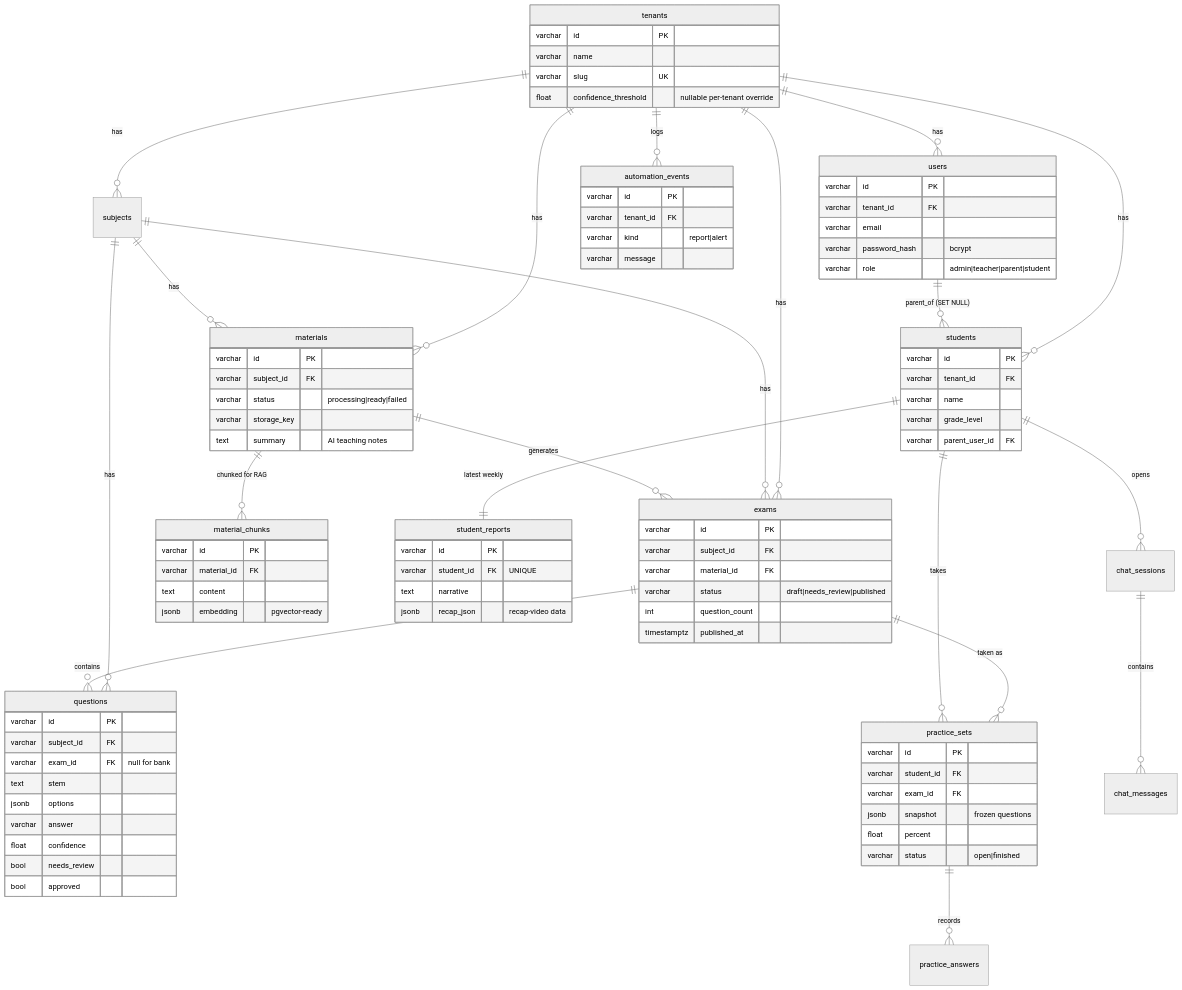
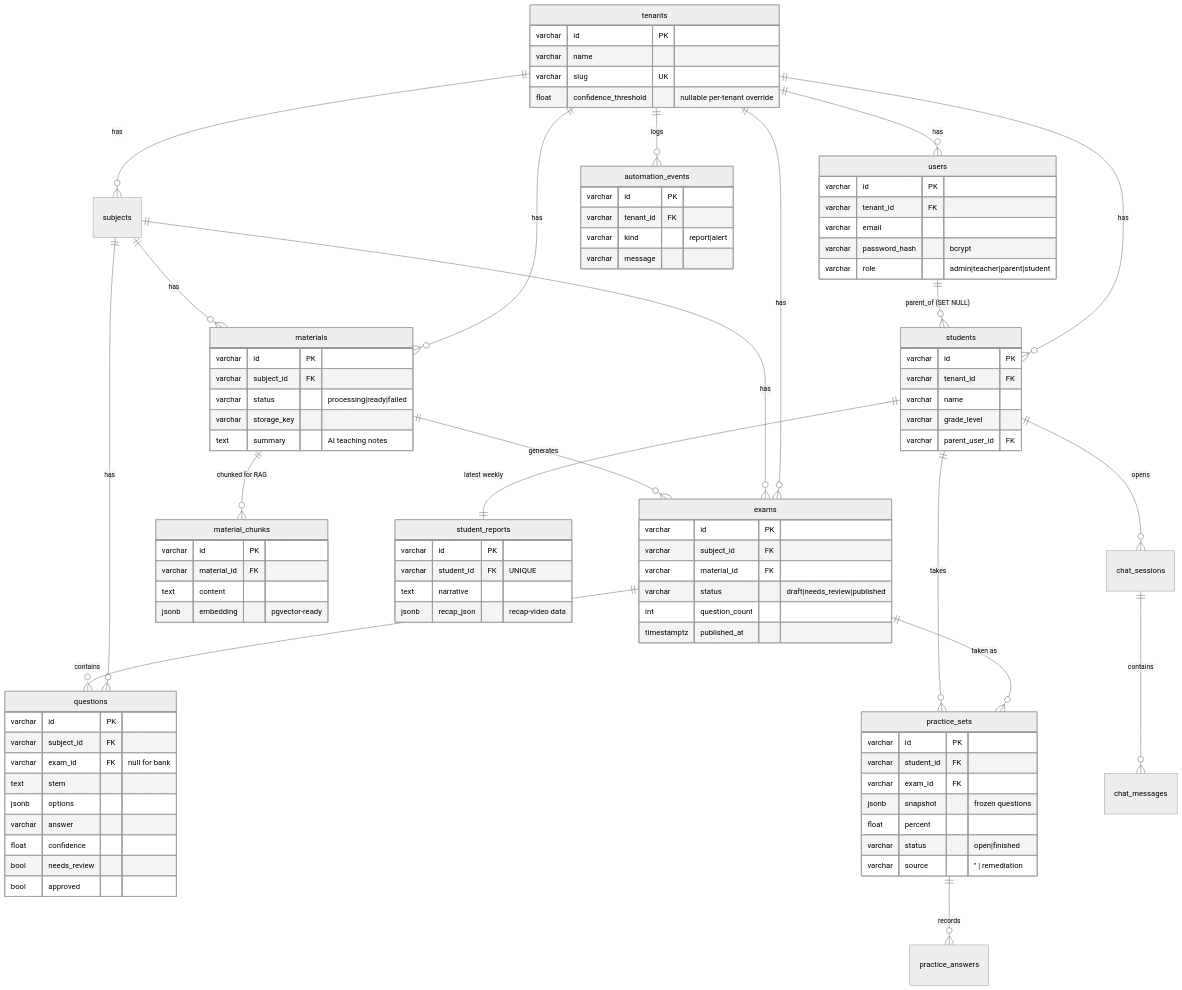
Before and after one commit to akbarharyadi/homework-studio: the fifth of 8 diagrams in docs/TECHNICAL.md, drawn with Mermaid (neutral theme). The commit also changed other lines of this file and 17 other files, not shown here.

```diff
--- a/docs/TECHNICAL.md
+++ b/docs/TECHNICAL.md
@@ -294,6 +291,7 @@
         jsonb snapshot "frozen questions"
         float percent
         varchar status "open|finished"
+        varchar source "'' | remediation"
     }
     material_chunks {
         varchar id PK
```
